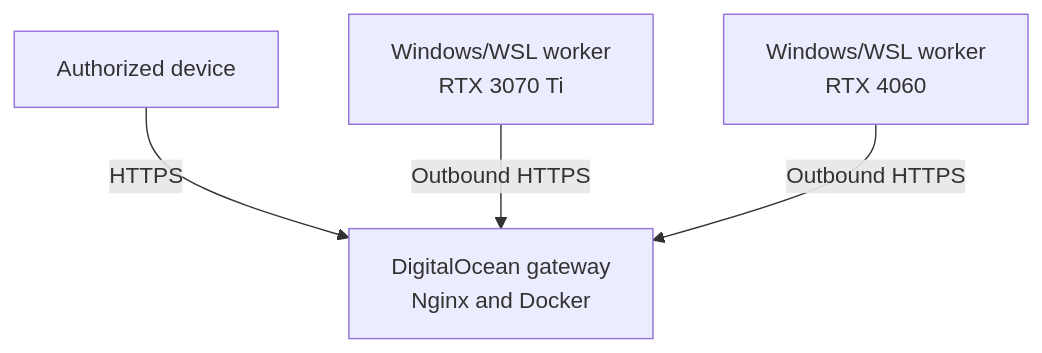
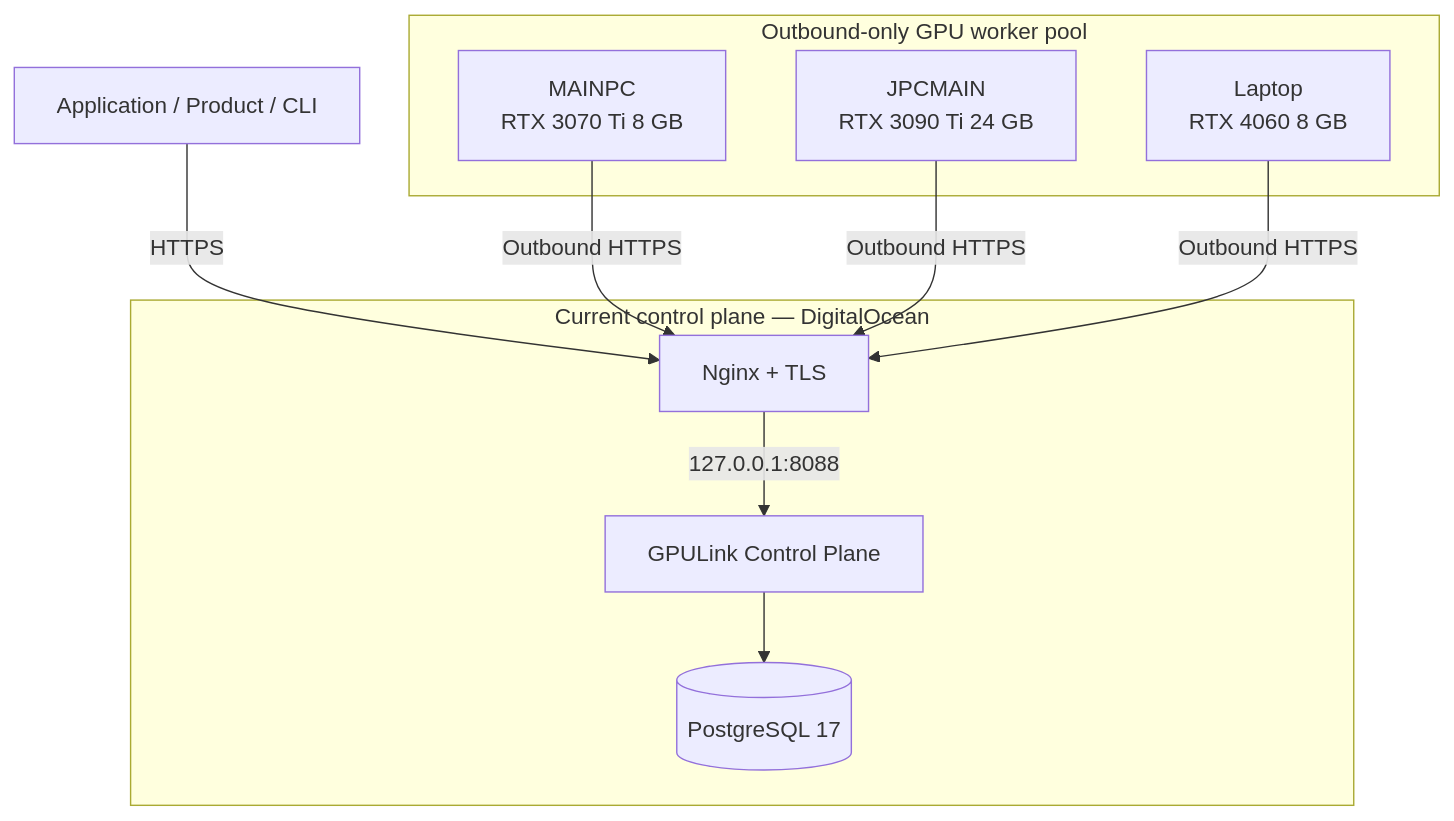
The diagram in README.md (JCrossoverGithub/GPULink), drawn with Mermaid before and after one commit. The commit also changed other lines of this file and 8 other files, not shown here.

````diff
--- a/README.md
+++ b/README.md
@@ -56,11 +122,24 @@
 ```mermaid
 flowchart TD
-    Client["Authorized device"]
-    Gateway["DigitalOcean gateway\nNginx and Docker"]
-    Desktop["Windows/WSL worker\nRTX 3070 Ti"]
-    Laptop["Windows/WSL worker\nRTX 4060"]
+    Client["Application / Product / CLI"]
 
-    Client -->|"HTTPS"| Gateway
-    Desktop -->|"Outbound HTTPS"| Gateway
-    Laptop -->|"Outbound HTTPS"| Gateway
+    subgraph Public["Current control plane — DigitalOcean"]
+        Nginx["Nginx + TLS"]
+        Control["GPULink Control Plane"]
+        Postgres[("PostgreSQL 17")]
+    end
+
+    subgraph Fleet["Outbound-only GPU worker pool"]
+        GPU1["MAINPC\nRTX 3070 Ti 8 GB"]
+        GPU2["JPCMAIN\nRTX 3090 Ti 24 GB"]
+        GPU3["Laptop\nRTX 4060 8 GB"]
+    end
+
+    Client -->|"HTTPS"| Nginx
+    Nginx -->|"127.0.0.1:8088"| Control
+    Control --> Postgres
+
+    GPU1 -->|"Outbound HTTPS"| Nginx
+    GPU2 -->|"Outbound HTTPS"| Nginx
+    GPU3 -->|"Outbound HTTPS"| Nginx
 ```
````
